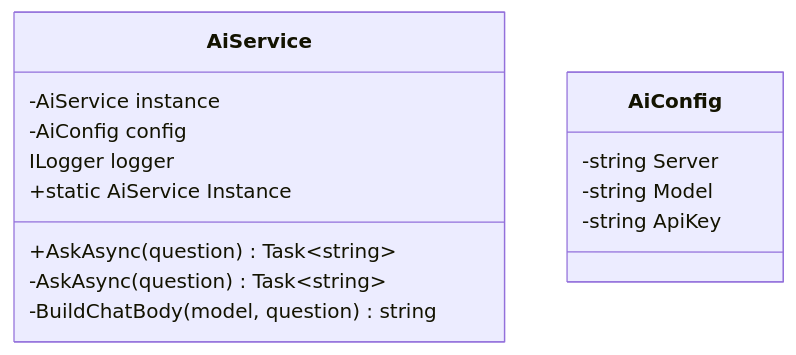
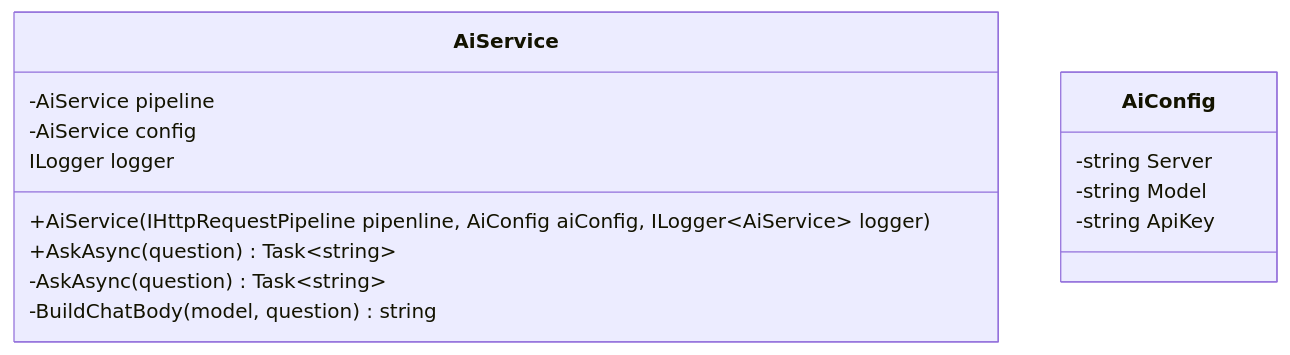
The fifth of 7 diagrams in .qoder/repowiki/zh/content/工具库详解/文件操作工具.md (Sosososolong/AirGo), drawn with Mermaid before and after one commit. The commit also changed other lines of this file and 13 other files, not shown here.

````diff
--- a/.qoder/repowiki/zh/content/工具库详解/文件操作工具.md
+++ b/.qoder/repowiki/zh/content/工具库详解/文件操作工具.md
@@ -279,17 +255,17 @@
 ```mermaid
 classDiagram
 class AiService {
--AiService instance
--AiConfig config
+-AiService pipeline
+-AiService config
 ILogger logger
-+static AiService Instance
++AiService(IHttpRequestPipeline pipenline, AiConfig aiConfig, ILogger~AiService~ logger)
 +AskAsync(question) Task~string~
 -AskAsync(question) Task~string~
 -BuildChatBody(model, question) string
 }
 class AiConfig {
 -string Server
 -string Model
 -string ApiKey
 }
 ```
````
